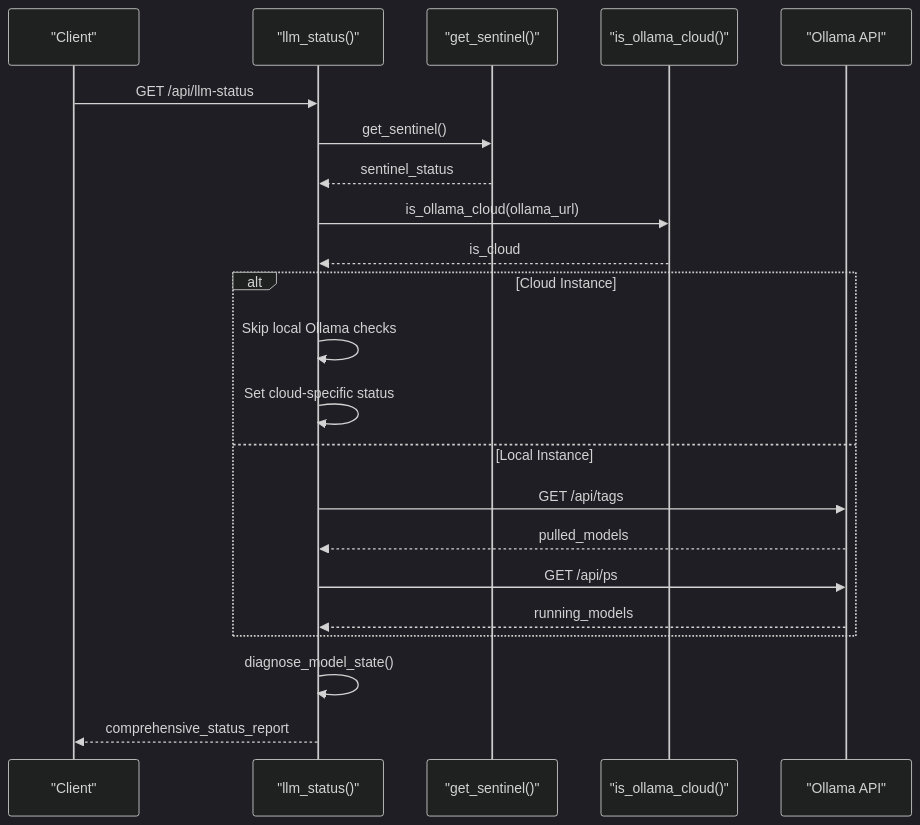
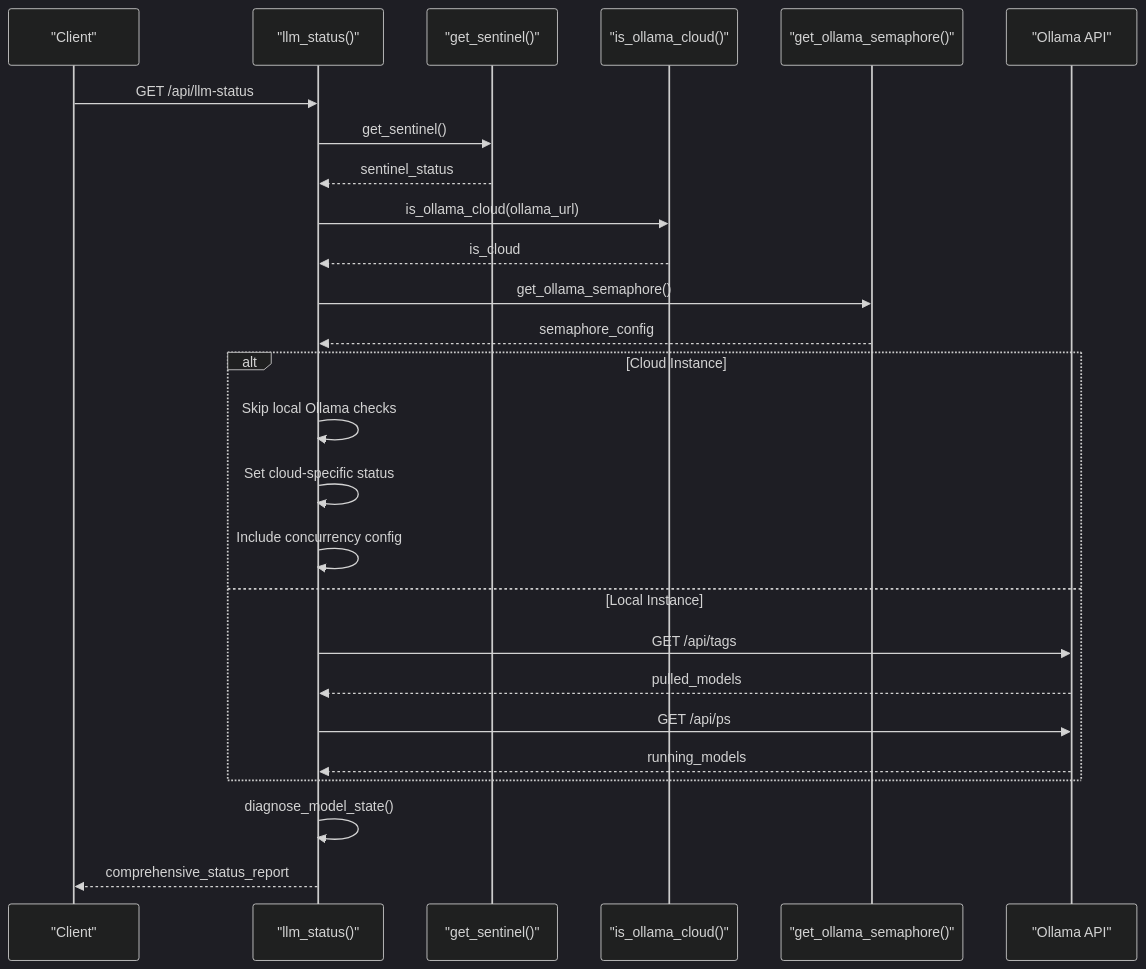
The eighth of 18 diagrams in .qoder/repowiki/en/content/Analysis Engine/LLM Service Integration.md (Revanththetalogics/aireume), drawn with Mermaid (dark theme) before and after one commit. The commit also changed other lines of this file and 6 other files, not shown here.

````diff
--- a/.qoder/repowiki/en/content/Analysis Engine/LLM Service Integration.md
+++ b/.qoder/repowiki/en/content/Analysis Engine/LLM Service Integration.md
@@ -467,24 +525,28 @@
 ```mermaid
 sequenceDiagram
 participant Client as "Client"
 participant API as "llm_status()"
 participant Sentinel as "get_sentinel()"
 participant CloudAuth as "is_ollama_cloud()"
+participant ConcurrencyDetector as "get_ollama_semaphore()"
 participant Ollama as "Ollama API"
 Client->>API : GET /api/llm-status
 API->>Sentinel : get_sentinel()
 Sentinel-->>API : sentinel_status
 API->>CloudAuth : is_ollama_cloud(ollama_url)
 CloudAuth-->>API : is_cloud
+API->>ConcurrencyDetector : get_ollama_semaphore()
+ConcurrencyDetector-->>API : semaphore_config
 alt Cloud Instance
 API->>API : Skip local Ollama checks
 API->>API : Set cloud-specific status
+API->>API : Include concurrency config
 else Local Instance
 API->>Ollama : GET /api/tags
 Ollama-->>API : pulled_models
 API->>Ollama : GET /api/ps
 Ollama-->>API : running_models
 end
 API->>API : diagnose_model_state()
 API-->>Client : comprehensive_status_report
 ```
````
